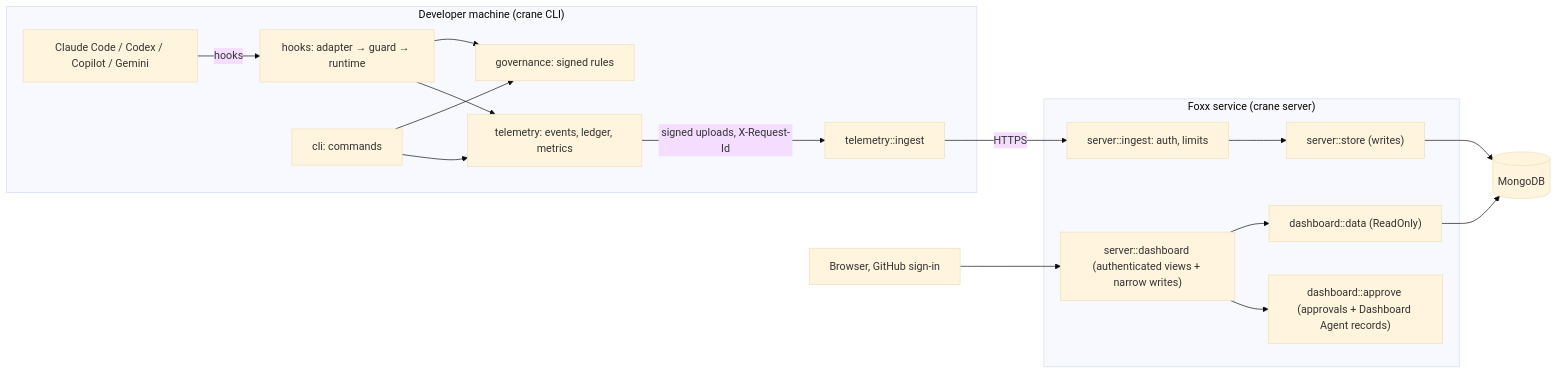
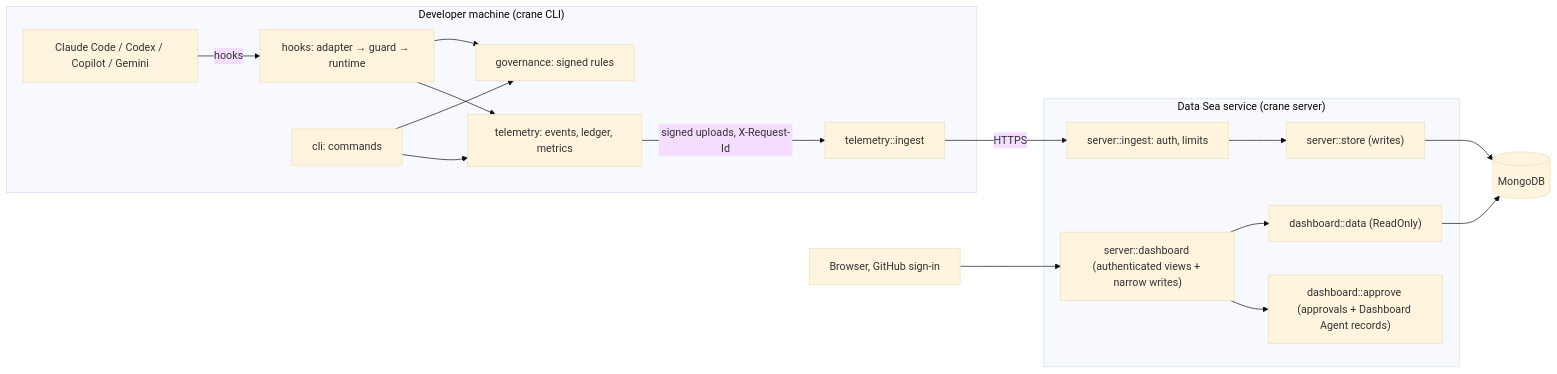
Before and after one commit to Landscape-Of-Agents/Landscape: the diagram in CONTRIBUTING.md, drawn with Mermaid (base theme). The commit also changed other lines of this file and 76 other files, not shown here.

````diff
--- a/CONTRIBUTING.md
+++ b/CONTRIBUTING.md
@@ -85,20 +85,20 @@
 ```mermaid
 flowchart LR
   subgraph Machine["Developer machine (crane CLI)"]
     Agent["Claude Code / Codex / Copilot / Gemini"] -->|hooks| Hooks["hooks: adapter → guard → runtime"]
     CLI["cli: commands"] --> Gov["governance: signed rules"]
     Hooks --> Gov
     Hooks --> Tel["telemetry: events, ledger, metrics"]
     CLI --> Tel
     Tel -->|"signed uploads, X-Request-Id"| Up["telemetry::ingest"]
   end
   Up -->|HTTPS| Ingest
-  subgraph Service["Foxx service (crane server)"]
+  subgraph Service["Data Sea service (crane server)"]
     Ingest["server::ingest: auth, limits"] --> Store["server::store (writes)"]
     Dash["server::dashboard (authenticated views + narrow writes)"] --> Read["dashboard::data (ReadOnly)"]
     Dash --> Approval["dashboard::approve (approvals + Dashboard Agent records)"]
   end
   Store --> DB[("MongoDB")]
   Read --> DB
   Browser["Browser, GitHub sign-in"] --> Dash
 ```
````
